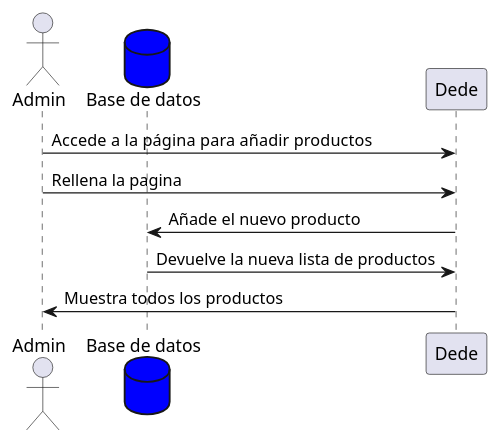
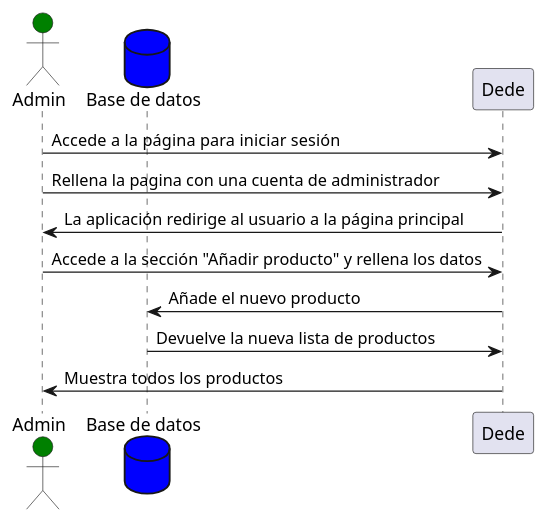
Before and after one commit to Arquisoft/dede_es2a: the third of 6 diagrams in docs/06_runtime_view.adoc, drawn with PlantUML. The commit also changed other lines of this file, not shown here.

Commit message:
Mejoras en los diagramas de secuencia

```diff
--- a/docs/06_runtime_view.adoc
+++ b/docs/06_runtime_view.adoc
@@ -68,10 +68,12 @@
 [plantuml,"AñadirProducto",png]
 ----
-actor Admin
+actor Admin #green
 database BaseDeDatos as "Base de datos" #blue
-Admin -> Dede: Accede  a la página para añadir productos
-Admin -> Dede: Rellena la pagina
+Admin -> Dede: Accede  a la página para iniciar sesión
+Admin -> Dede: Rellena la pagina con una cuenta de administrador
+Admin <- Dede: La aplicación redirige al usuario a la página principal
+Admin -> Dede: Accede a la sección "Añadir producto" y rellena los datos
 Dede -> BaseDeDatos: Añade el nuevo producto
 BaseDeDatos -> Dede: Devuelve la nueva lista de productos
 Dede -> Admin: Muestra todos los productos
 ----
```
